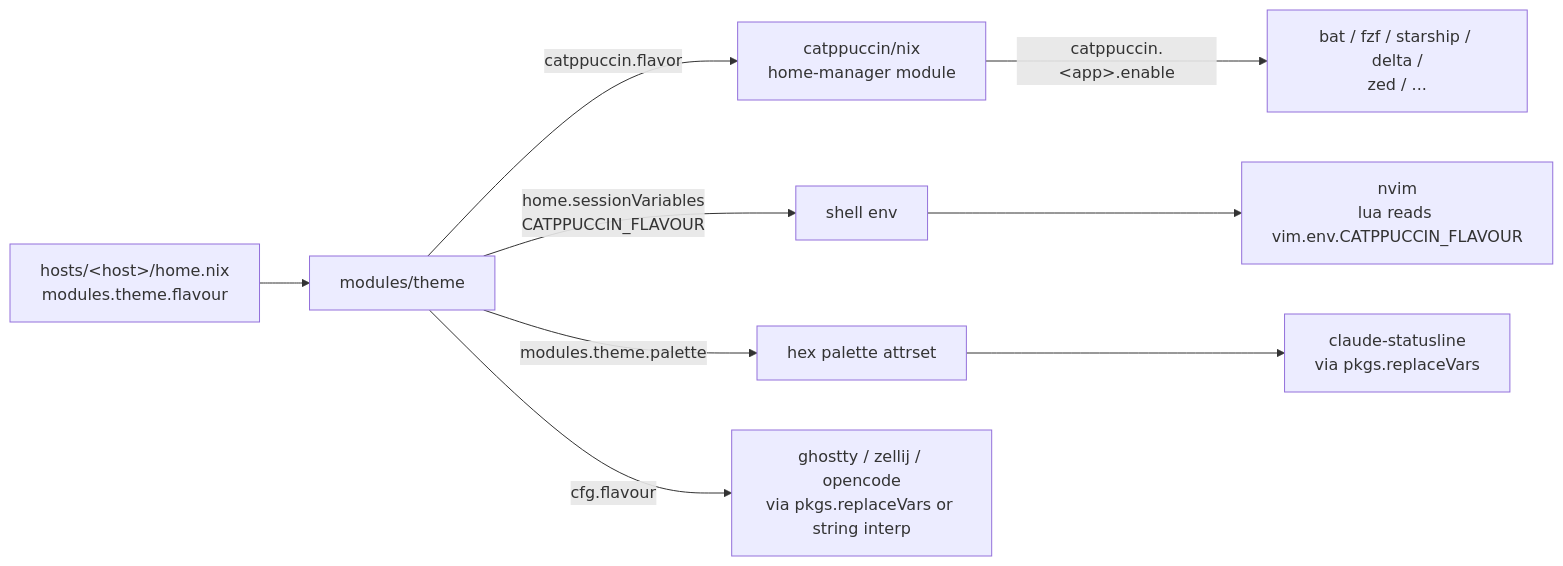
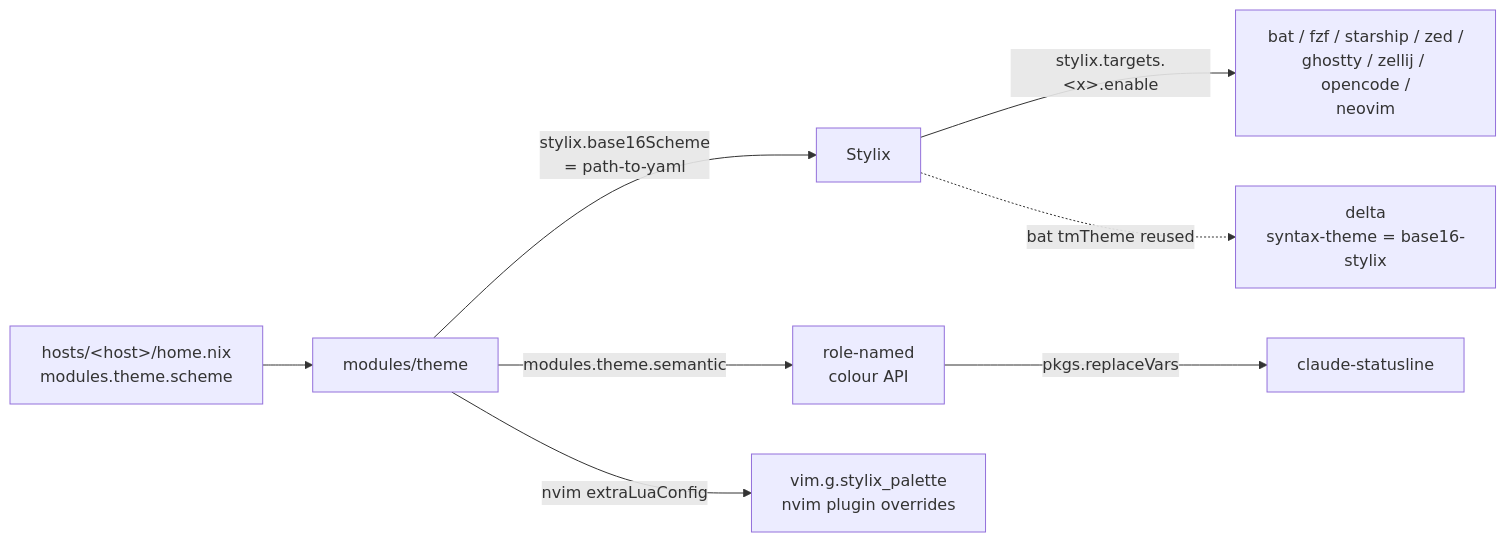
One commit to phamann/dotfiles.nix changed the diagram in docs/THEMING.md. Above: the diagram before and after it, drawn with Mermaid. The commit also changed other lines of this file and 6 other files, not shown here.

First line of the commit message:
refactor(theme): drop catppuccin/nix coupling, rewrite docs (Phase G)

````diff
--- a/docs/THEMING.md
+++ b/docs/THEMING.md
@@ -30,12 +56,11 @@
 ```mermaid
 flowchart LR
-  H[hosts/&lt;host&gt;/home.nix<br/>modules.theme.flavour] --> T[modules/theme]
-  T -->|catppuccin.flavor| U[catppuccin/nix<br/>home-manager module]
-  T -->|home.sessionVariables<br/>CATPPUCCIN_FLAVOUR| E[shell env]
-  T -->|modules.theme.palette| P[hex palette attrset]
+  H[hosts/&lt;host&gt;/home.nix<br/>modules.theme.scheme] --> T[modules/theme]
+  T -->|stylix.base16Scheme<br/>= path-to-yaml| S[Stylix]
+  T -->|modules.theme.semantic| R[role-named<br/>colour API]
 
-  U -->|catppuccin.&lt;app&gt;.enable| A1[bat / fzf / starship / delta /<br/>zed / ...]
-  E --> N[nvim<br/>lua reads vim.env.CATPPUCCIN_FLAVOUR]
-  T -->|cfg.flavour| G[ghostty / zellij / opencode<br/>via pkgs.replaceVars or string interp]
-  P --> C[claude-statusline<br/>via pkgs.replaceVars]
+  S -->|stylix.targets.&lt;x&gt;.enable| A1[bat / fzf / starship / zed /<br/>ghostty / zellij / opencode /<br/>neovim]
+  S -.->|bat tmTheme reused| D[delta<br/>syntax-theme = base16-stylix]
+  R -->|pkgs.replaceVars| C[claude-statusline]
+  T -->|nvim extraLuaConfig| V[vim.g.stylix_palette<br/>nvim plugin overrides]
 ```
````
